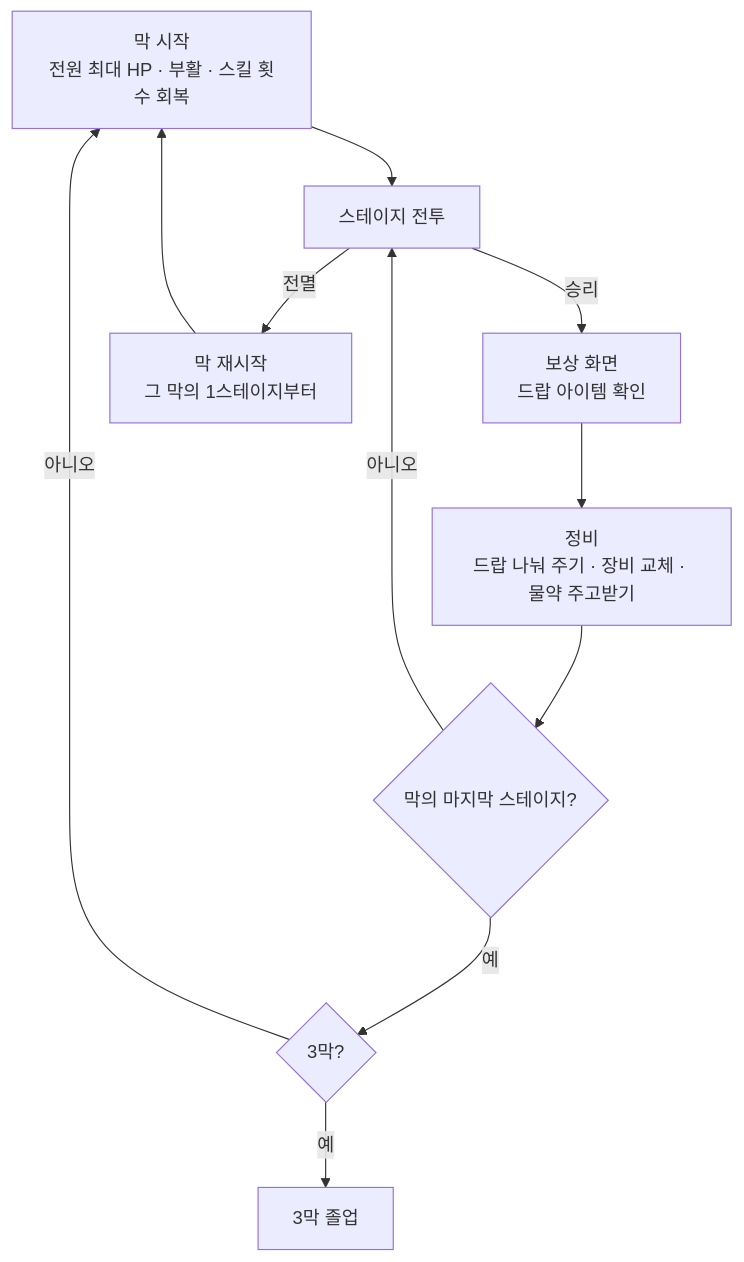
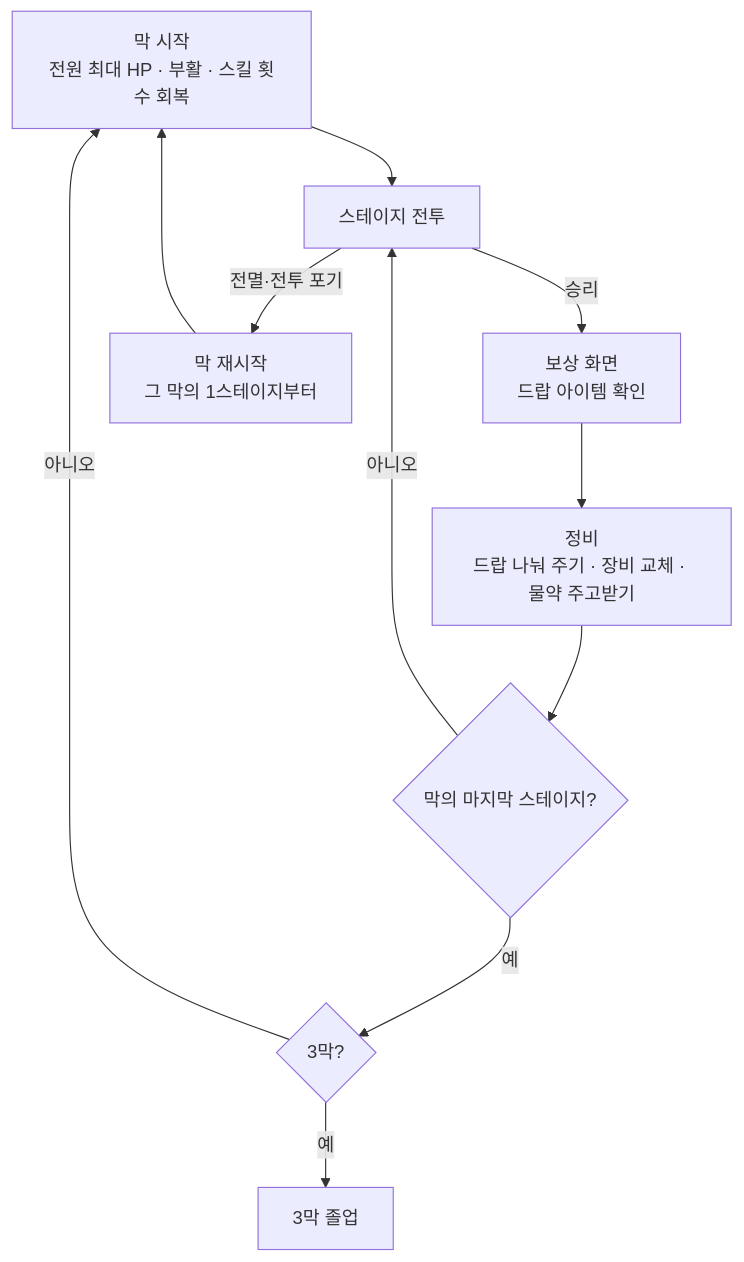
Before and after one commit to minjunkim-dev/BGLike: the diagram in docs/GAME_STRUCTURE.md, drawn with Mermaid. The commit also changed other lines of this file and 1 other file, not shown here.

````diff
--- a/docs/GAME_STRUCTURE.md
+++ b/docs/GAME_STRUCTURE.md
@@ -49,13 +49,13 @@
 ```mermaid
 flowchart TD
     A[막 시작<br/>전원 최대 HP · 부활 · 스킬 횟수 회복] --> B[스테이지 전투]
     B -- 승리 --> C[보상 화면<br/>드랍 아이템 확인]
     C --> D[정비<br/>드랍 나눠 주기 · 장비 교체 · 물약 주고받기]
     D --> E{막의 마지막 스테이지?}
     E -- 아니오 --> B
     E -- 예 --> F{3막?}
     F -- 아니오 --> A
     F -- 예 --> G[3막 졸업]
-    B -- 전멸 --> H[막 재시작<br/>그 막의 1스테이지부터]
+    B -- 전멸·전투 포기 --> H[막 재시작<br/>그 막의 1스테이지부터]
     H --> A
 ```
````
